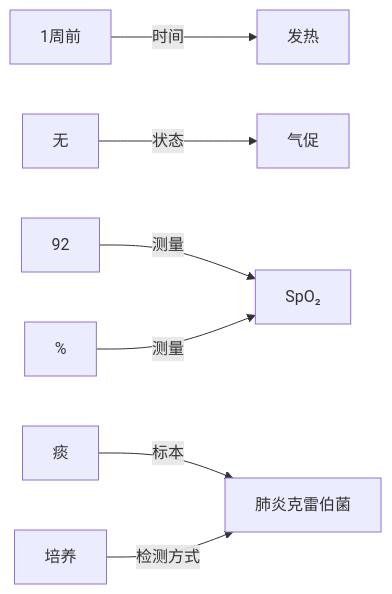
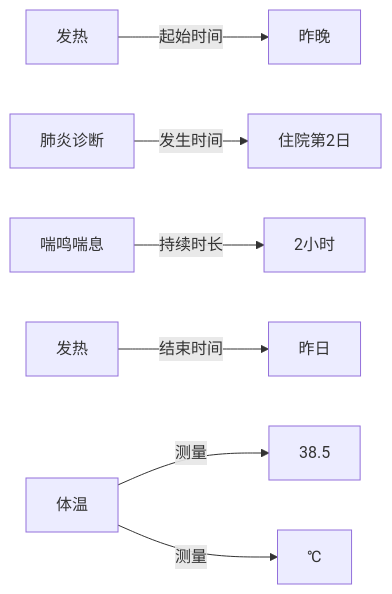
Before and after one commit to sepmein/emr_structured_annotation: the second of 4 diagrams in annotation_agent_workflow/guides/annotation_guide_v2.1.1.md, drawn with Mermaid. The commit also changed other lines of this file and 15 other files, not shown here.

Commit message:
Update child annotation schema, guide and label dictionary

````diff
--- a/annotation_agent_workflow/guides/annotation_guide_v2.1.1.md
+++ b/annotation_agent_workflow/guides/annotation_guide_v2.1.1.md
@@ -764,9 +696,9 @@
 ```mermaid
 flowchart LR
-    T["1周前"] -->|时间| F["发热"]
-    N["无"] -->|状态| D["气促"]
-    V["92"] -->|测量| S["SpO₂"]
-    U["%"] -->|测量| S
-    P["痰"] -->|标本| K["肺炎克雷伯菌"]
-    M["培养"] -->|检测方式| K
+    F["发热"] -->|起始时间| T["昨晚"]
+    D["肺炎诊断"] -->|发生时间| W["住院第2日"]
+    A["喘鸣喘息"] -->|持续时长| H["2小时"]
+    X["发热"] -->|结束时间| Y["昨日"]
+    S["体温"] -->|测量| V["38.5"]
+    S -->|测量| U["℃"]
 ```
````
